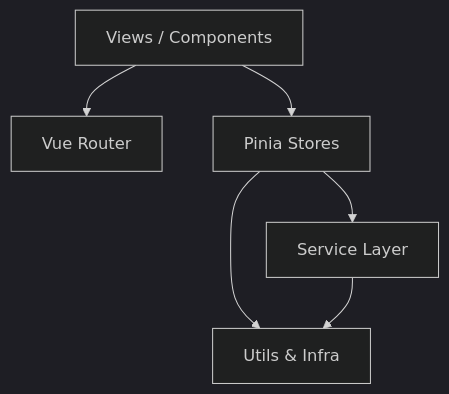
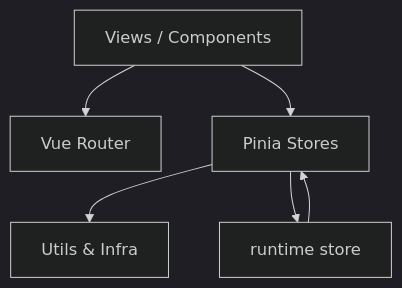
The diagram in helloagents/wiki/arch.md (TUR1412/monitoring-dashboard), drawn with Mermaid (dark theme) before and after one commit. The commit also changed other lines of this file and 47 other files, not shown here.

````diff
--- a/helloagents/wiki/arch.md
+++ b/helloagents/wiki/arch.md
@@ -5,8 +5,8 @@
 ```mermaid
 flowchart TD
   UI[Views / Components] --> Router[Vue Router]
   UI --> Stores[Pinia Stores]
   Stores --> Utils[Utils & Infra]
-  Stores --> API[Service Layer]
-  API --> Utils
+  Stores --> Runtime[runtime store]
+  Runtime --> Stores
 ```
````
